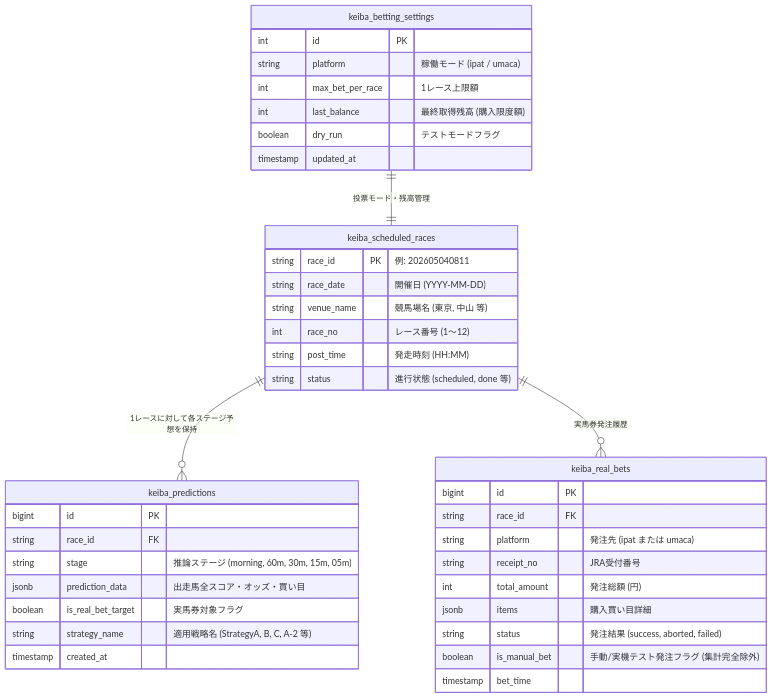
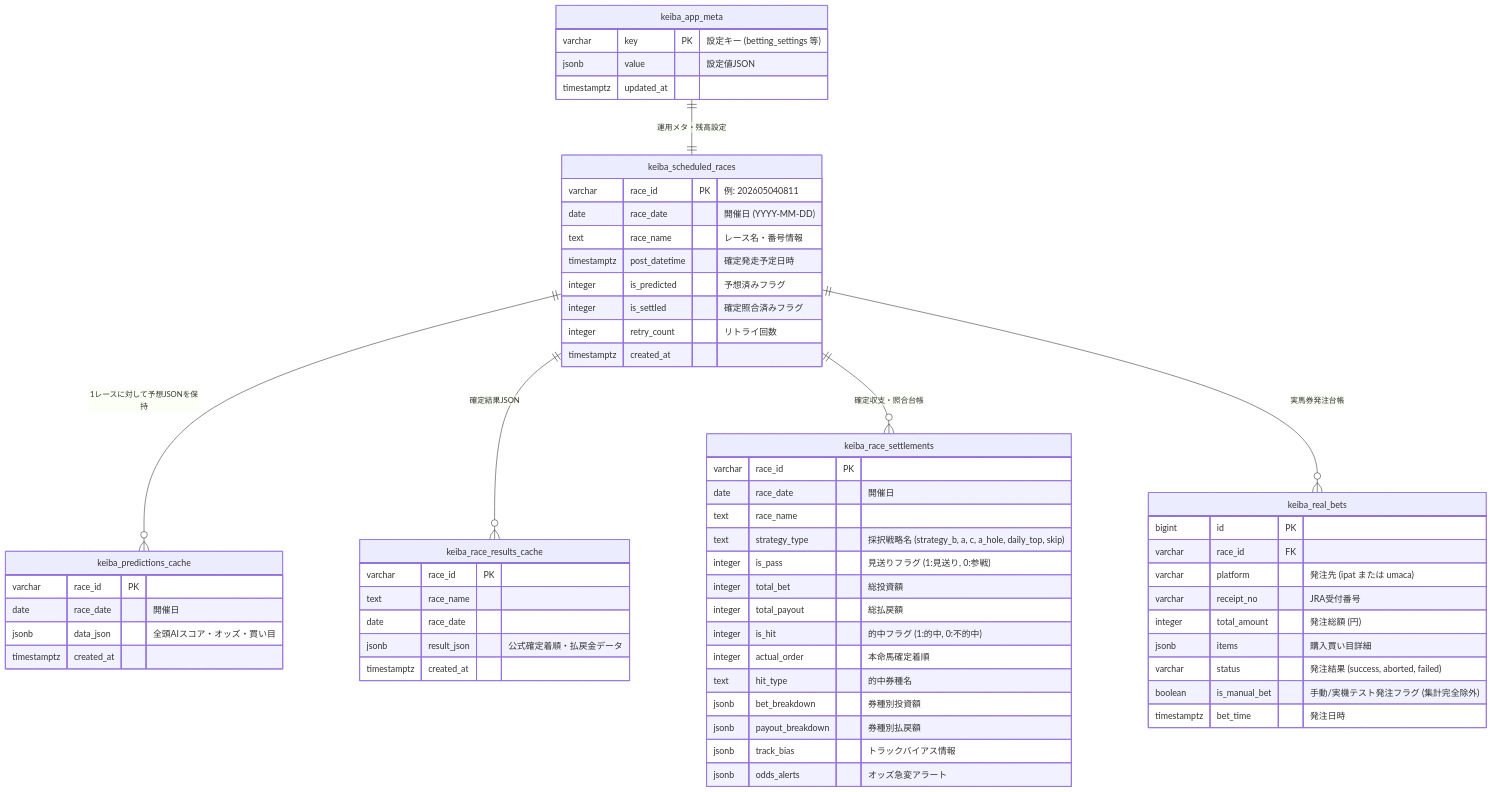
One commit to hayachan10135-web/keiba-prediction-api changed the second of 2 diagrams in docs/REQUIREMENTS_SPECIFICATION.md. Above: the diagram before and after it, drawn with Mermaid. The commit also changed 2 other files, not shown here.

Commit message:
docs/sql: Add fix_rls_and_indexes.sql and sync ER diagram with exact columns

````diff
--- a/docs/REQUIREMENTS_SPECIFICATION.md
+++ b/docs/REQUIREMENTS_SPECIFICATION.md
@@ -187,46 +187,69 @@
 ```mermaid
 erDiagram
-    keiba_scheduled_races ||--o{ keiba_predictions : "1レースに対して各ステージ予想を保持"
-    keiba_scheduled_races ||--o{ keiba_real_bets : "実馬券発注履歴"
-    keiba_betting_settings ||--|| keiba_scheduled_races : "投票モード・残高管理"
+    keiba_scheduled_races ||--o{ keiba_predictions_cache : "1レースに対して予想JSONを保持"
+    keiba_scheduled_races ||--o{ keiba_race_results_cache : "確定結果JSON"
+    keiba_scheduled_races ||--o{ keiba_race_settlements : "確定収支・照合台帳"
+    keiba_scheduled_races ||--o{ keiba_real_bets : "実馬券発注台帳"
+    keiba_app_meta ||--|| keiba_scheduled_races : "運用メタ・残高設定"
 
     keiba_scheduled_races {
-        string race_id PK "例: 202605040811"
-        string race_date "開催日 (YYYY-MM-DD)"
-        string venue_name "競馬場名 (東京, 中山 等)"
-        int race_no "レース番号 (1〜12)"
-        string post_time "発走時刻 (HH:MM)"
-        string status "進行状態 (scheduled, done 等)"
+        varchar race_id PK "例: 202605040811"
+        date race_date "開催日 (YYYY-MM-DD)"
+        text race_name "レース名・番号情報"
+        timestamptz post_datetime "確定発走予定日時"
+        integer is_predicted "予想済みフラグ"
+        integer is_settled "確定照合済みフラグ"
+        integer retry_count "リトライ回数"
+        timestamptz created_at
     }
 
-    keiba_predictions {
-        bigint id PK
-        string race_id FK
-        string stage "推論ステージ (morning, 60m, 30m, 15m, 05m)"
-        jsonb prediction_data "出走馬全スコア・オッズ・買い目"
-        boolean is_real_bet_target "実馬券対象フラグ"
-        string strategy_name "適用戦略名 (StrategyA, B, C, A-2 等)"
-        timestamp created_at
+    keiba_predictions_cache {
+        varchar race_id PK
+        date race_date "開催日"
+        jsonb data_json "全頭AIスコア・オッズ・買い目"
+        timestamptz created_at
+    }
+
+    keiba_race_results_cache {
+        varchar race_id PK
+        text race_name
+        date race_date
+        jsonb result_json "公式確定着順・払戻金データ"
+        timestamptz created_at
+    }
+
+    keiba_race_settlements {
+        varchar race_id PK
+        date race_date "開催日"
+        text race_name
+        text strategy_type "採択戦略名 (strategy_b, a, c, a_hole, daily_top, skip)"
+        integer is_pass "見送りフラグ (1:見送り, 0:参戦)"
+        integer total_bet "総投資額"
+        integer total_payout "総払戻額"
+        integer is_hit "的中フラグ (1:的中, 0:不的中)"
+        integer actual_order "本命馬確定着順"
+        text hit_type "的中券種名"
+        jsonb bet_breakdown "券種別投資額"
+        jsonb payout_breakdown "券種別払戻額"
+        jsonb track_bias "トラックバイアス情報"
+        jsonb odds_alerts "オッズ急変アラート"
     }
 
     keiba_real_bets {
         bigint id PK
-        string race_id FK
-        string platform "発注先 (ipat または umaca)"
-        string receipt_no "JRA受付番号"
-        int total_amount "発注総額 (円)"
+        varchar race_id FK
+        varchar platform "発注先 (ipat または umaca)"
+        varchar receipt_no "JRA受付番号"
+        integer total_amount "発注総額 (円)"
         jsonb items "購入買い目詳細"
-        string status "発注結果 (success, aborted, failed)"
+        varchar status "発注結果 (success, aborted, failed)"
         boolean is_manual_bet "手動/実機テスト発注フラグ (集計完全除外)"
-        timestamp bet_time
+        timestamptz bet_time "発注日時"
     }
 
-    keiba_betting_settings {
-        int id PK
-        string platform "稼働モード (ipat / umaca)"
-        int max_bet_per_race "1レース上限額"
-        int last_balance "最終取得残高 (購入限度額)"
-        boolean dry_run "テストモードフラグ"
-        timestamp updated_at
+    keiba_app_meta {
+        varchar key PK "設定キー (betting_settings 等)"
+        jsonb value "設定値JSON"
+        timestamptz updated_at
     }
 ```
````
